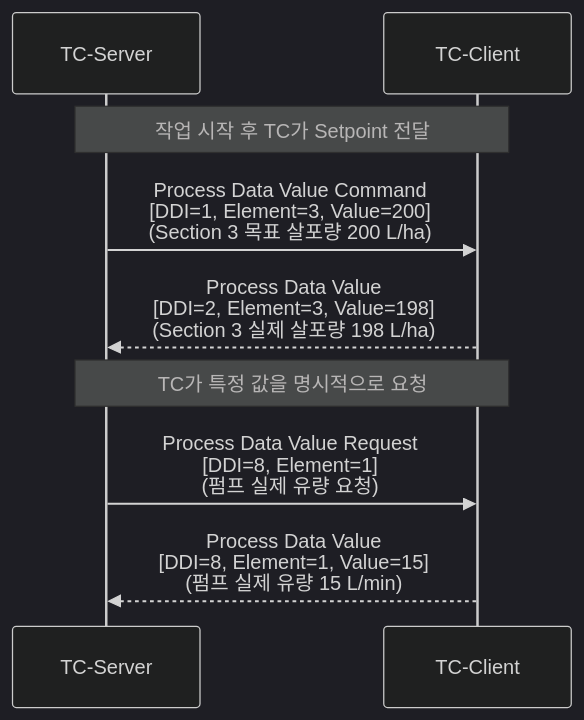
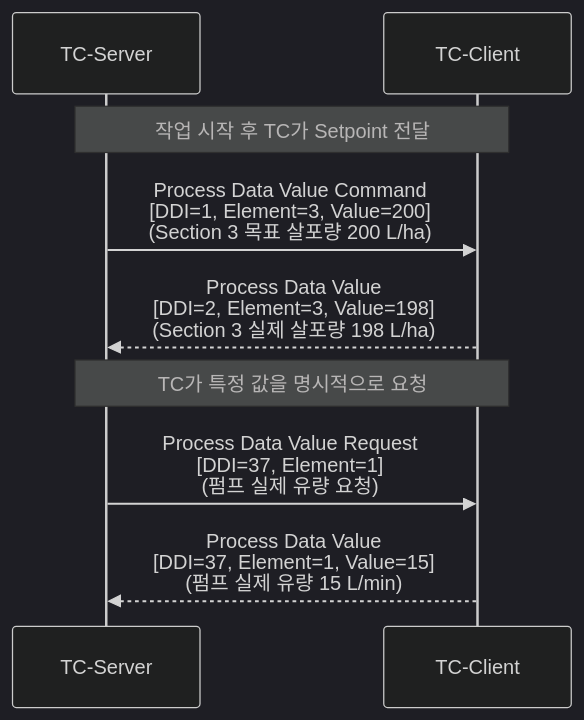
The second of 5 diagrams in docs/_study/isobus/19-tc-process-data.md (hobeen-kim/hobeen-kim.github.io), drawn with Mermaid (dark theme) before and after one commit. The commit also changed other lines of this file and 18 other files, not shown here.

````diff
--- a/docs/_study/isobus/19-tc-process-data.md
+++ b/docs/_study/isobus/19-tc-process-data.md
@@ -122,15 +128,15 @@
 ```mermaid
 sequenceDiagram
     participant TC as TC-Server
     participant CLIENT as TC-Client
 
     Note over TC,CLIENT: 작업 시작 후 TC가 Setpoint 전달
     TC ->> CLIENT: Process Data Value Command<br>[DDI=1, Element=3, Value=200]<br>(Section 3 목표 살포량 200 L/ha)
 
     CLIENT -->> TC: Process Data Value<br>[DDI=2, Element=3, Value=198]<br>(Section 3 실제 살포량 198 L/ha)
 
     Note over TC,CLIENT: TC가 특정 값을 명시적으로 요청
-    TC ->> CLIENT: Process Data Value Request<br>[DDI=8, Element=1]<br>(펌프 실제 유량 요청)
+    TC ->> CLIENT: Process Data Value Request<br>[DDI=37, Element=1]<br>(펌프 실제 유량 요청)
 
-    CLIENT -->> TC: Process Data Value<br>[DDI=8, Element=1, Value=15]<br>(펌프 실제 유량 15 L/min)
+    CLIENT -->> TC: Process Data Value<br>[DDI=37, Element=1, Value=15]<br>(펌프 실제 유량 15 L/min)
 ```
````
